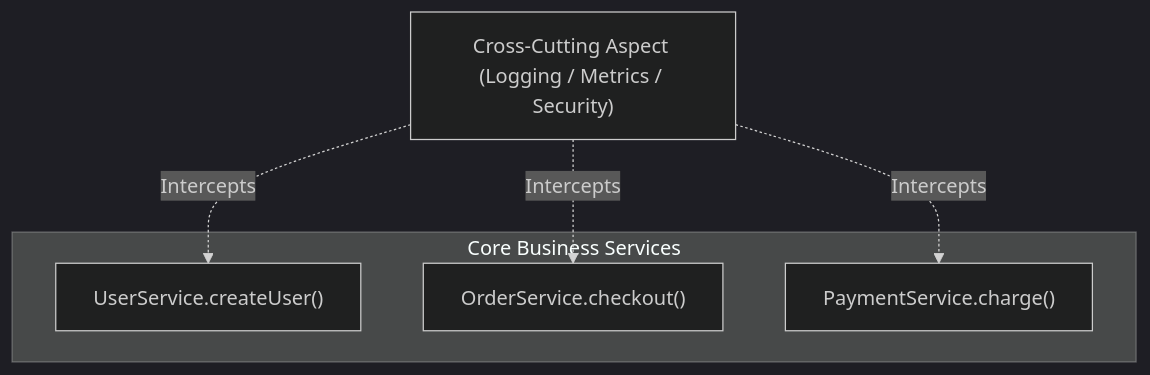
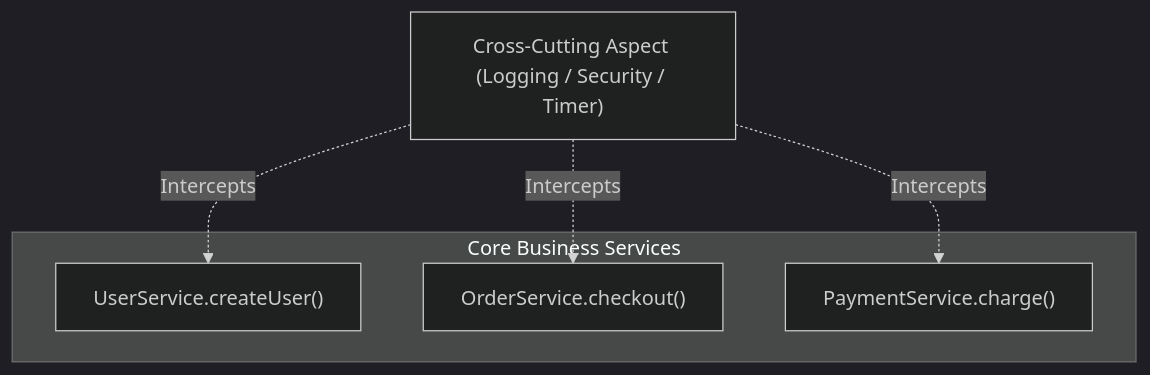
The diagram in 04-spring-boot/09-spring-boot-with-aop/01-aop-introduction/README.md (sakousa856-sketch/java-spring-for-developers-khmer), drawn with Mermaid (dark theme) before and after one commit. The commit also changed other lines of this file and 290 other files, not shown here.

````diff
--- a/04-spring-boot/09-spring-boot-with-aop/01-aop-introduction/README.md
+++ b/04-spring-boot/09-spring-boot-with-aop/01-aop-introduction/README.md
@@ -29,14 +27,15 @@
 ```mermaid
 flowchart TD
-    Aspect["Cross-Cutting Aspect (Logging / Metrics / Security)"]
+    Aspect["Cross-Cutting Aspect (Logging / Security / Timer)"]
     
     subgraph BusinessLogic ["Core Business Services"]
         S1["UserService.createUser()"]
         S2["OrderService.checkout()"]
         S3["PaymentService.charge()"]
     end
 
     Aspect -.->|Intercepts| S1
     Aspect -.->|Intercepts| S2
     Aspect -.->|Intercepts| S3
+
 ```
````
